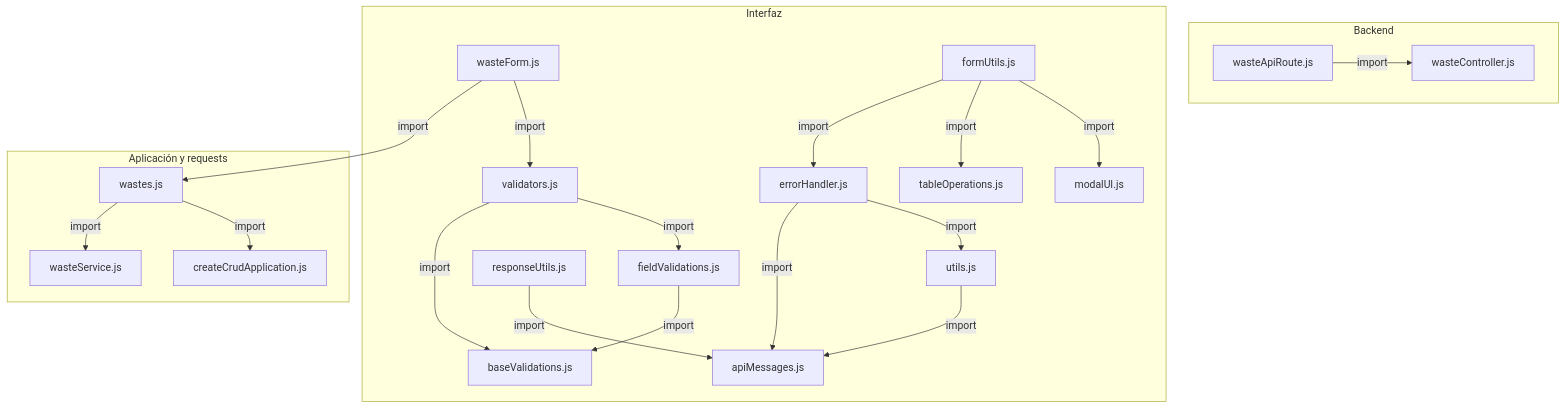
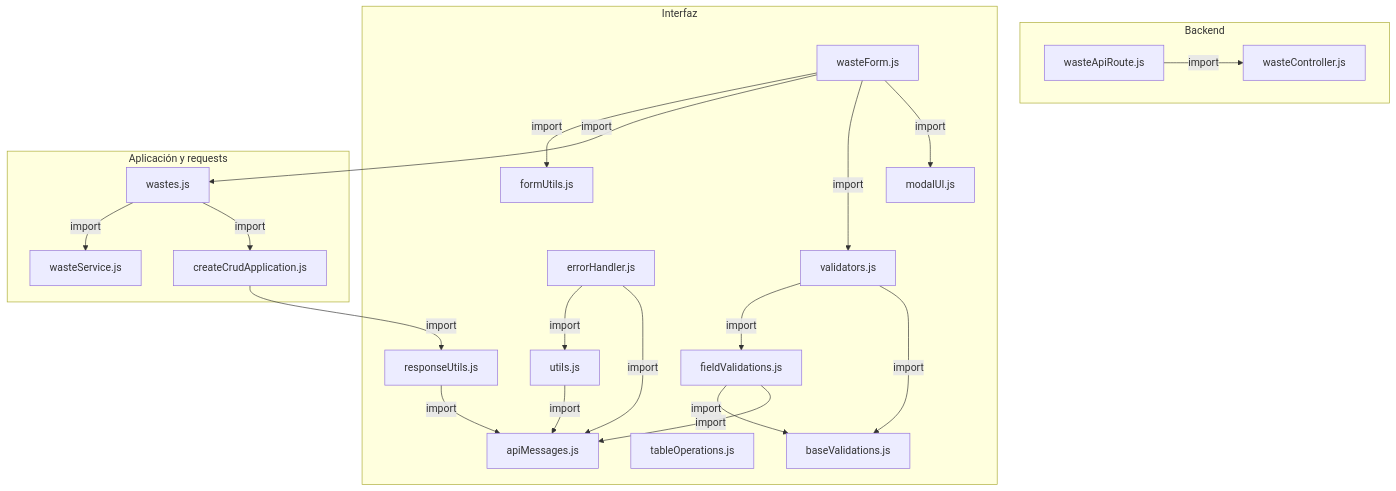
The first of 3 diagrams in docs/architecture/views/processes/frontend-code-sequences/catalogs/cu-alm-12.md (gpgsistemas01/nexus), drawn with Mermaid before and after one commit. The commit also changed other lines of this file and 200 other files, not shown here.

````diff
--- a/docs/architecture/views/processes/frontend-code-sequences/catalogs/cu-alm-12.md
+++ b/docs/architecture/views/processes/frontend-code-sequences/catalogs/cu-alm-12.md
@@ -55,40 +55,41 @@
 ```mermaid
 flowchart TB
     subgraph Component0["Backend"]
         FileWasteController["wasteController.js"]
         Transport["wasteApiRoute.js"]
     end
     subgraph Component1["Interfaz"]
         FileErrorHandler["errorHandler.js"]
         FileUtils["utils.js"]
         FileApiMessages["apiMessages.js"]
         View["wasteForm.js"]
         FileTableOperations["tableOperations.js"]
         FileModalUI["modalUI.js"]
         FormUtils["formUtils.js"]
         FileResponseUtils["responseUtils.js"]
         FileBaseValidations["baseValidations.js"]
         FileFieldValidations["fieldValidations.js"]
         FileValidators["validators.js"]
     end
     subgraph Component2["Aplicación y requests"]
         Application["createCrudApplication.js"]
         FileWastes["wastes.js"]
         Request["wasteService.js"]
     end
+    Application -->|import| FileResponseUtils
     FileErrorHandler -->|import| FileApiMessages
     FileErrorHandler -->|import| FileUtils
+    FileFieldValidations -->|import| FileApiMessages
+    FileFieldValidations -->|import| FileBaseValidations
+    FileResponseUtils -->|import| FileApiMessages
     FileUtils -->|import| FileApiMessages
-    FileWastes -->|import| Request
-    FileWastes -->|import| Application
-    View -->|import| FileWastes
-    View -->|import| FileValidators
-    FormUtils -->|import| FileErrorHandler
-    FormUtils -->|import| FileTableOperations
-    FormUtils -->|import| FileModalUI
-    FileResponseUtils -->|import| FileApiMessages
-    FileFieldValidations -->|import| FileBaseValidations
     FileValidators -->|import| FileBaseValidations
     FileValidators -->|import| FileFieldValidations
+    FileWastes -->|import| Application
+    FileWastes -->|import| Request
     Transport -->|import| FileWasteController
+    View -->|import| FileModalUI
+    View -->|import| FileValidators
+    View -->|import| FileWastes
+    View -->|import| FormUtils
 ```
````
